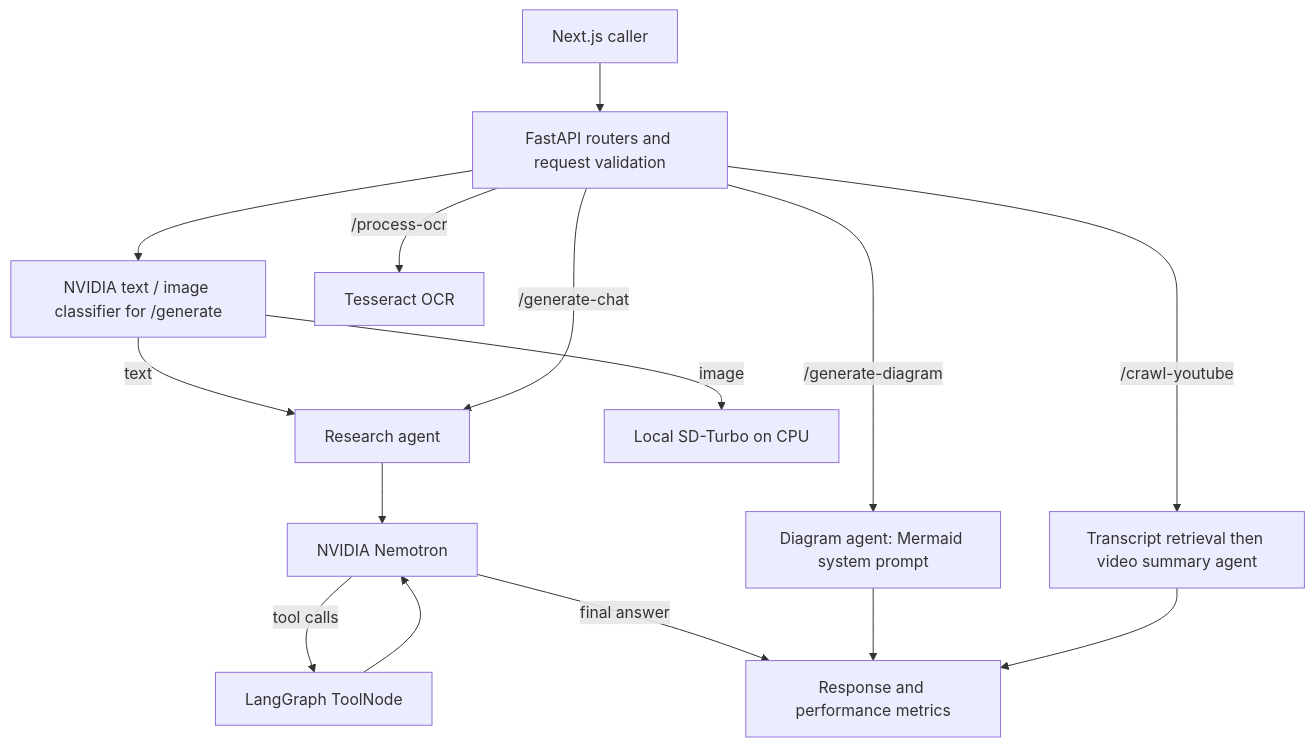
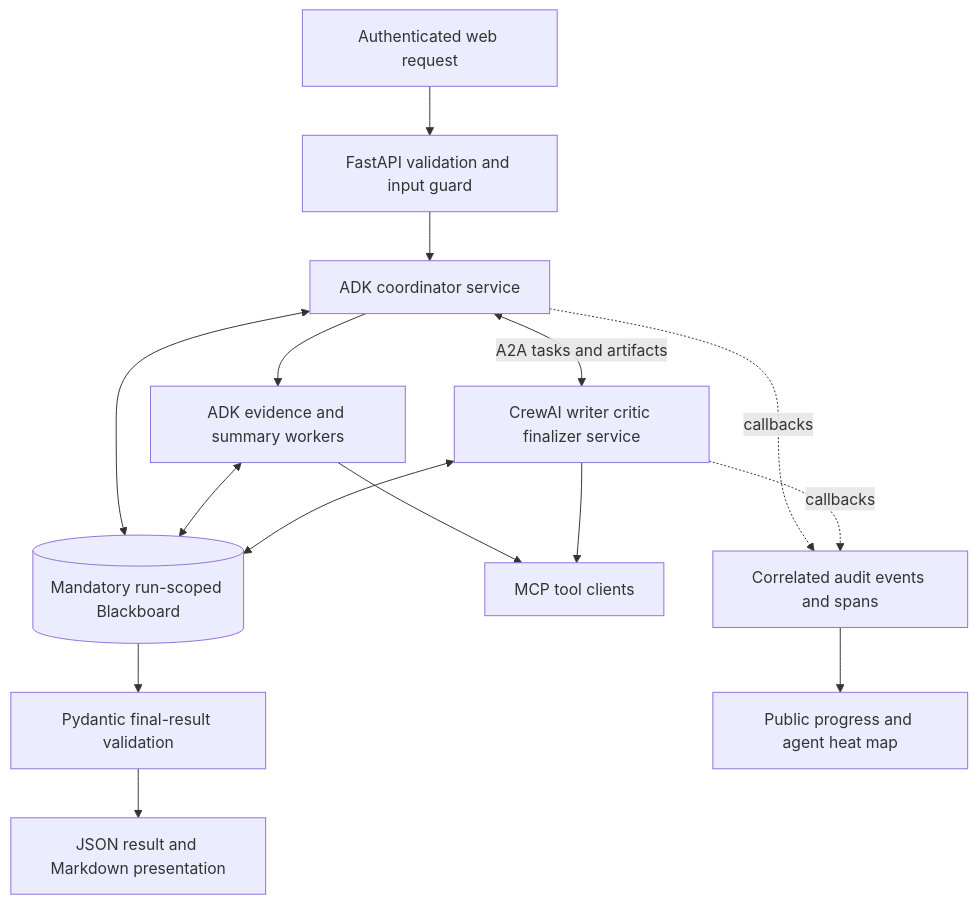
Before and after one commit to SuhasKanwar/SophiaNet-Microservice: the first of 3 diagrams in README.md, drawn with Mermaid. The commit also changed other lines of this file, not shown here.

````diff
--- a/README.md
+++ b/README.md
@@ -73,17 +103,17 @@
 ```mermaid
 flowchart TD
-    Web[Next.js caller] --> API[FastAPI routers and request validation]
-    API --> Classifier[NVIDIA text / image classifier for /generate]
-    Classifier -->|text| Research[Research agent]
-    Classifier -->|image| Images[Local SD-Turbo on CPU]
-    API -->|/generate-chat| Research
-    Research --> Model[NVIDIA Nemotron]
-    Model -->|tool calls| Tools[LangGraph ToolNode]
-    Tools --> Model
-    Model -->|final answer| Reply[Response and performance metrics]
-    API -->|/generate-diagram| Diagram[Diagram agent: Mermaid system prompt]
-    API -->|/crawl-youtube| Video[Transcript retrieval then video summary agent]
-    Diagram --> Reply
-    Video --> Reply
-    API -->|/process-ocr| OCR[Tesseract OCR]
+    User[Authenticated web request] --> API[FastAPI validation and input guard]
+    API --> Coordinator[ADK coordinator service]
+    Coordinator --> Evidence[ADK evidence and summary workers]
+    Coordinator <-->|A2A tasks and artifacts| Crew[CrewAI writer critic finalizer service]
+    Coordinator <--> Board[(Mandatory run-scoped Blackboard)]
+    Evidence <--> Board
+    Crew <--> Board
+    Evidence --> Tools[MCP tool clients]
+    Crew --> Tools
+    Board --> Validator[Pydantic final-result validation]
+    Validator --> Reply[JSON result and Markdown presentation]
+    Coordinator -. callbacks .-> Trace[Correlated audit events and spans]
+    Crew -. callbacks .-> Trace
+    Trace --> UI[Public progress and agent heat map]
 ```
````
